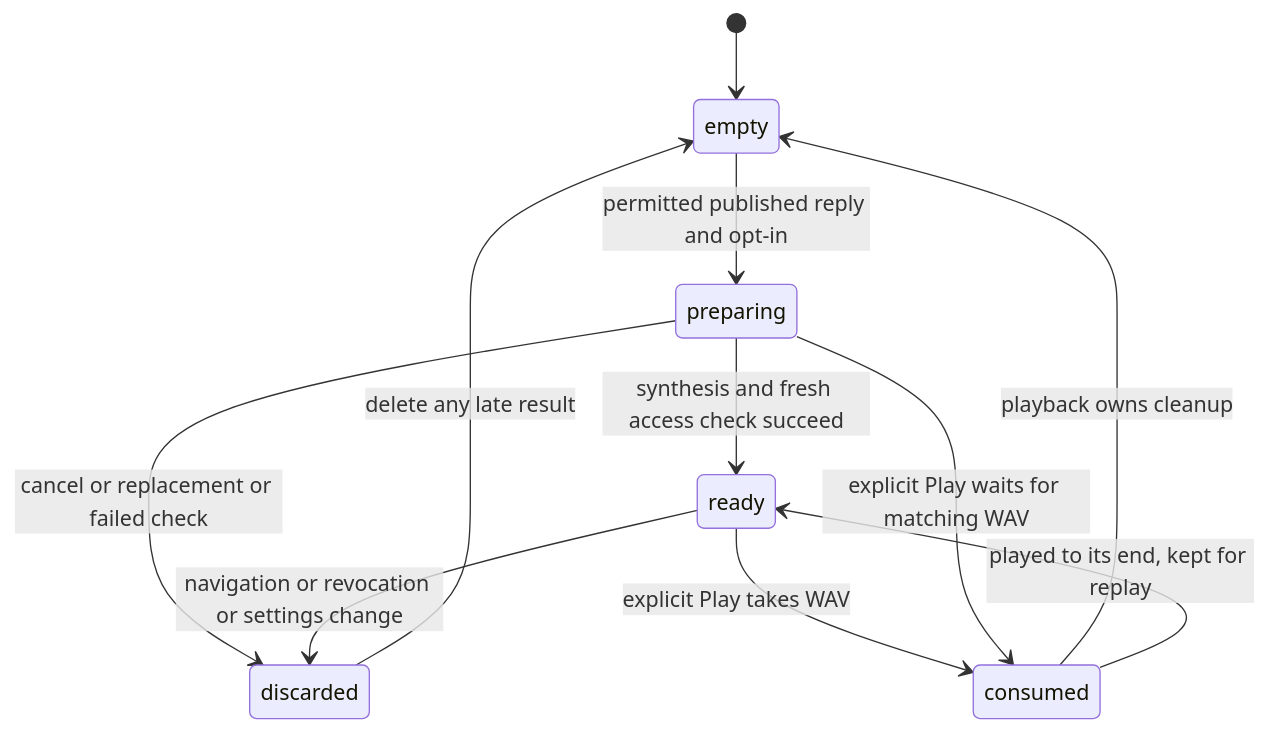
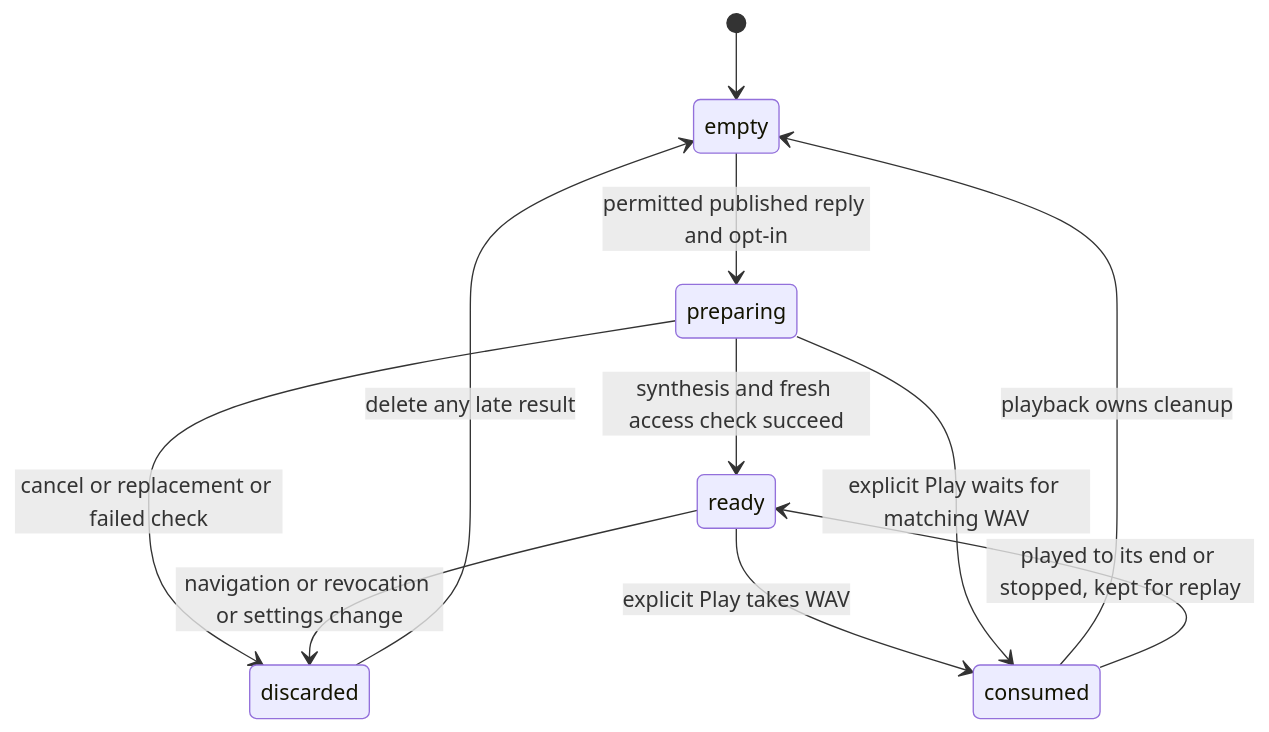
One commit to matthiasn/lotti changed the third of 4 diagrams in knowledge/features/tts.md. Above: the diagram before and after it, drawn with Mermaid. The commit also changed other lines of this file and 3 other files, not shown here.

````diff
--- a/knowledge/features/tts.md
+++ b/knowledge/features/tts.md
@@ -399,13 +403,13 @@
 ```mermaid
 stateDiagram-v2
   [*] --> empty
   empty --> preparing: permitted published reply and opt-in
   preparing --> ready: synthesis and fresh access check succeed
   preparing --> discarded: cancel or replacement or failed check
   ready --> discarded: navigation or revocation or settings change
   ready --> consumed: explicit Play takes WAV
   preparing --> consumed: explicit Play waits for matching WAV
   discarded --> empty: delete any late result
   consumed --> empty: playback owns cleanup
-  consumed --> ready: played to its end, kept for replay
+  consumed --> ready: played to its end or stopped, kept for replay
 ```
````
